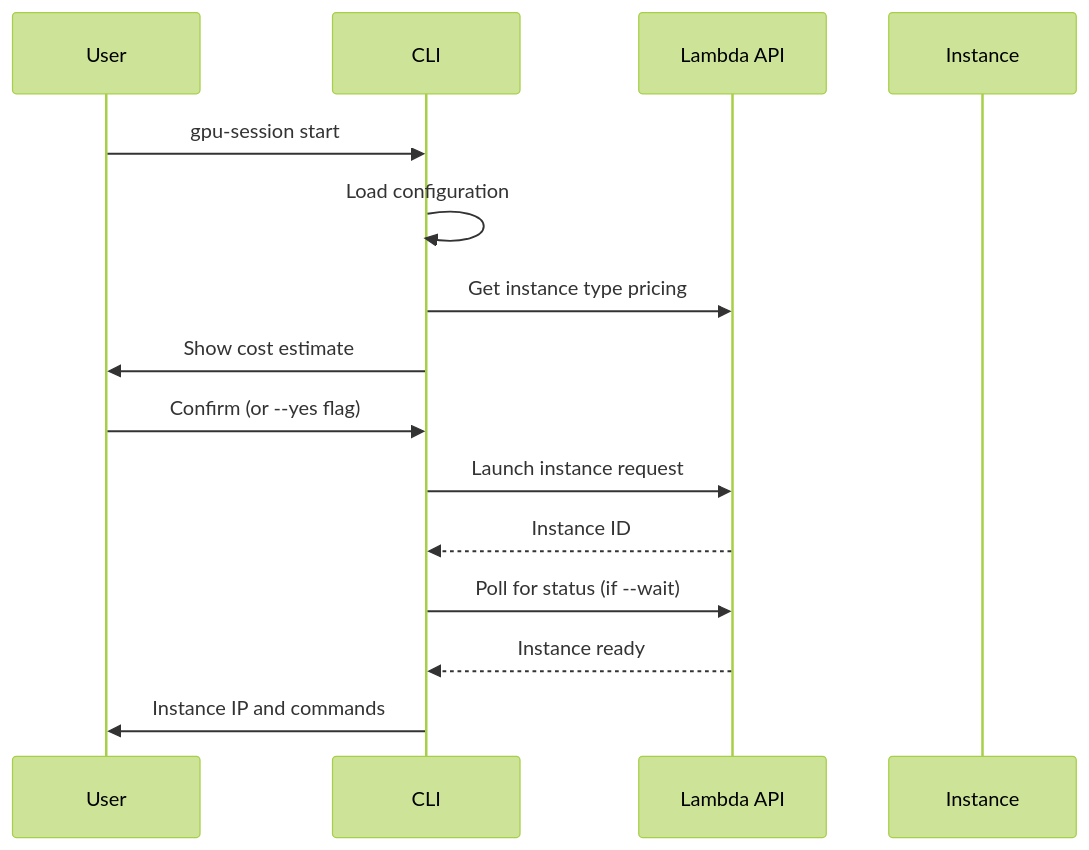
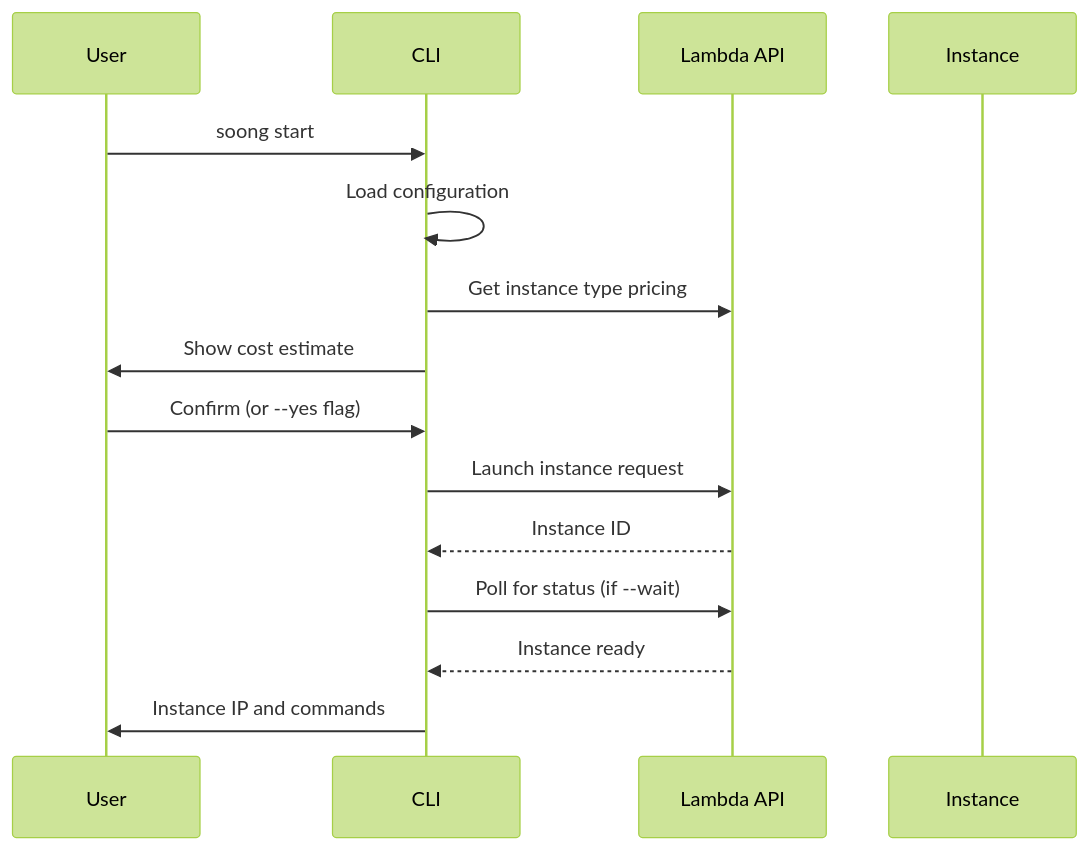
The diagram in docs/guides/launching-instances.md (axiomantic/soong), drawn with Mermaid (forest theme) before and after one commit. The commit also changed other lines of this file and 61 other files, not shown here.

````diff
--- a/docs/guides/launching-instances.md
+++ b/docs/guides/launching-instances.md
@@ -101,18 +101,18 @@
 ```mermaid
 sequenceDiagram
     participant User
     participant CLI
     participant Lambda API
     participant Instance
 
-    User->>CLI: gpu-session start
+    User->>CLI: soong start
     CLI->>CLI: Load configuration
     CLI->>Lambda API: Get instance type pricing
     CLI->>User: Show cost estimate
     User->>CLI: Confirm (or --yes flag)
     CLI->>Lambda API: Launch instance request
     Lambda API-->>CLI: Instance ID
     CLI->>Lambda API: Poll for status (if --wait)
     Lambda API-->>CLI: Instance ready
     CLI->>User: Instance IP and commands
 ```
````
